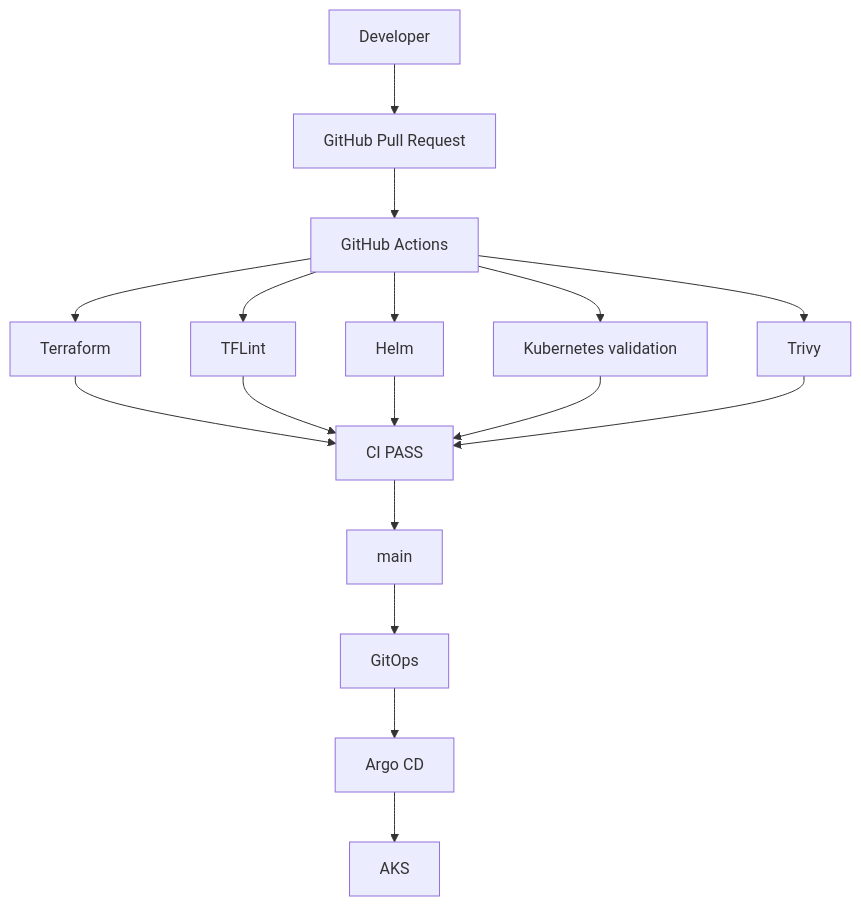
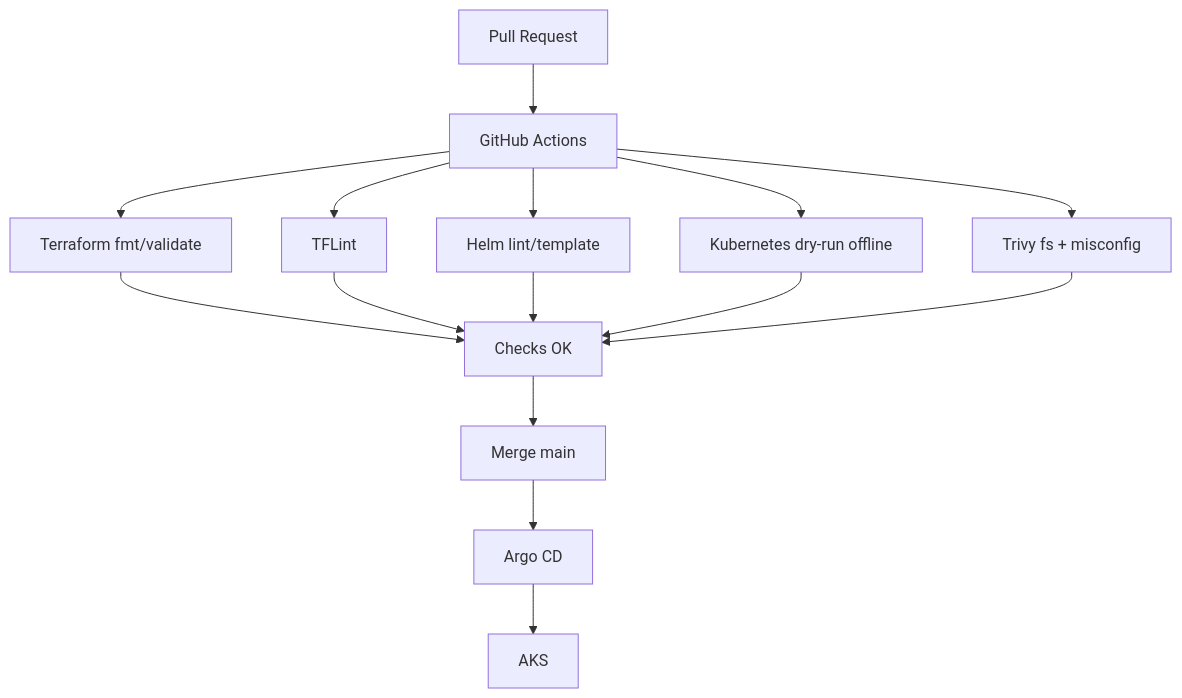
The diagram in docs/EPIC-8-Industrialisation.md (reedaa01/ERPnext-DevOps), drawn with Mermaid before and after one commit. The commit also changed other lines of this file and 7 other files, not shown here.

````diff
--- a/docs/EPIC-8-Industrialisation.md
+++ b/docs/EPIC-8-Industrialisation.md
@@ -11,19 +13,17 @@
 ```mermaid
 flowchart TD
-    A[Developer] --> B[GitHub Pull Request]
-    B --> C[GitHub Actions]
-    C --> C1[Terraform]
-    C --> C2[TFLint]
-    C --> C3[Helm]
-    C --> C4[Kubernetes validation]
-    C --> C5[Trivy]
-    C1 --> D[CI PASS]
-    C2 --> D
-    C3 --> D
-    C4 --> D
-    C5 --> D
-    D --> E[main]
-    E --> F[GitOps]
-    F --> G[Argo CD]
-    G --> H[AKS]
+    PR[Pull Request] --> CI[GitHub Actions]
+    CI --> TF[Terraform fmt/validate]
+    CI --> TFL[TFLint]
+    CI --> HELM[Helm lint/template]
+    CI --> KVAL[Kubernetes dry-run offline]
+    CI --> TRIVY[Trivy fs + misconfig]
+    TF --> PASS[Checks OK]
+    TFL --> PASS
+    HELM --> PASS
+    KVAL --> PASS
+    TRIVY --> PASS
+    PASS --> MAIN[Merge main]
+    MAIN --> ARGO[Argo CD]
+    ARGO --> AKS[AKS]
 ```
````
